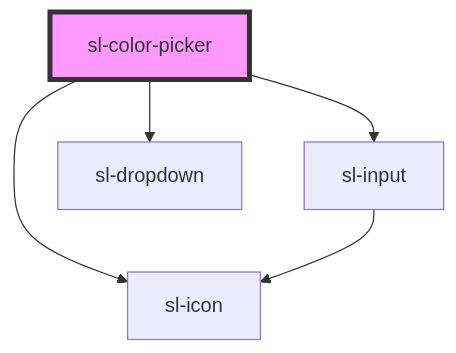
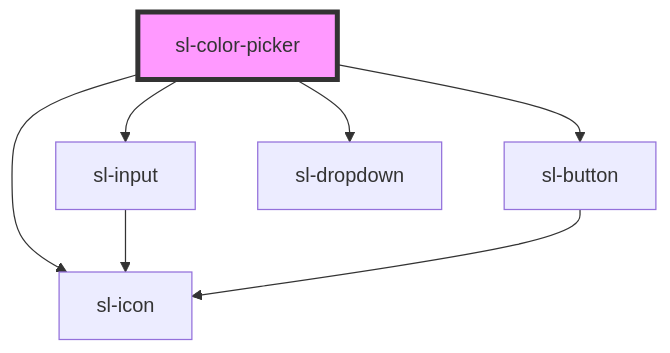
The diagram in src/components/color-picker/readme.md (shoelace-style/shoelace), drawn with Mermaid before and after one commit. The commit also changed other lines of this file and 3 other files, not shown here.

````diff
--- a/src/components/color-picker/readme.md
+++ b/src/components/color-picker/readme.md
@@ -48,8 +49,10 @@
 ```mermaid
 graph TD;
+  sl-color-picker --> sl-input
+  sl-color-picker --> sl-button
   sl-color-picker --> sl-icon
-  sl-color-picker --> sl-input
   sl-color-picker --> sl-dropdown
   sl-input --> sl-icon
+  sl-button --> sl-icon
   style sl-color-picker fill:#f9f,stroke:#333,stroke-width:4px
 ```
````
